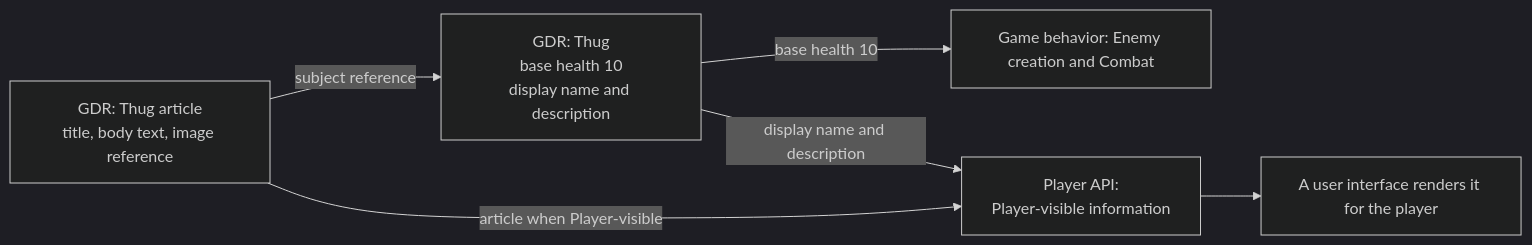
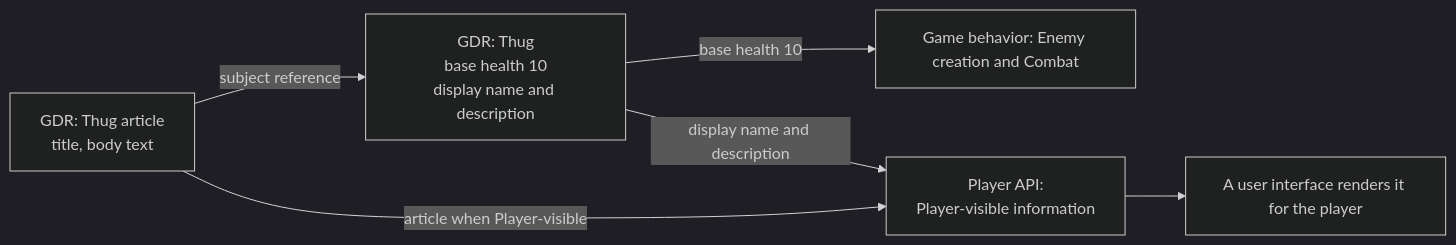
The seventh of 7 diagrams in docs/specs/design/foundation/game-data-records.md (konrad-jamrozik/game-v5), drawn with Mermaid (dark theme) before and after one commit. The commit also changed other lines of this file and 42 other files, not shown here.

````diff
--- a/docs/specs/design/foundation/game-data-records.md
+++ b/docs/specs/design/foundation/game-data-records.md
@@ -424,10 +423,10 @@
 ```mermaid
 flowchart LR
     Thug["GDR: Thug<br/>base health 10<br/>display name and description"]
-    Article["GDR: Thug article<br/>title, body text, image reference"]
+    Article["GDR: Thug article<br/>title, body text"]
     Article -->|subject reference| Thug
     Thug -->|base health 10| Combat["Game behavior: Enemy creation and Combat"]
     Thug -->|display name and description| PlayerAPI["Player API:<br/>Player-visible information"]
     Article -->|article when Player-visible| PlayerAPI
     PlayerAPI --> UserInterface["A user interface renders it for the player"]
 ```
````
